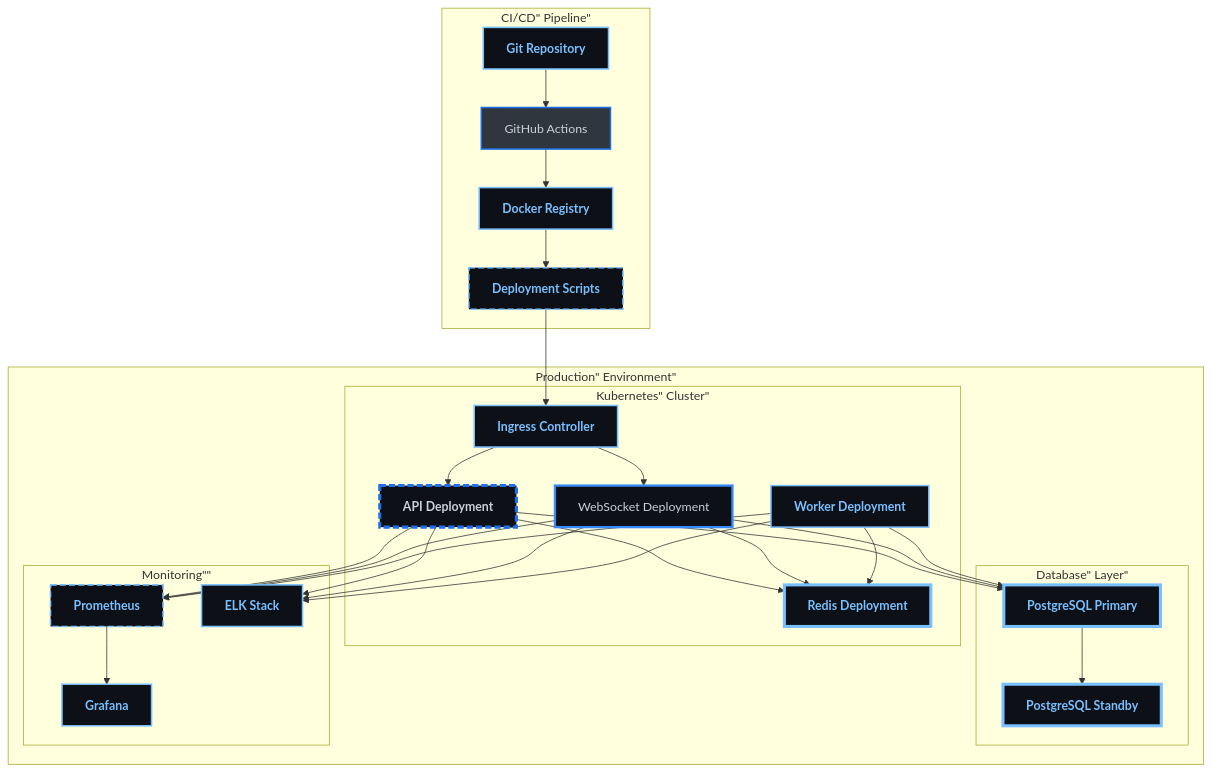
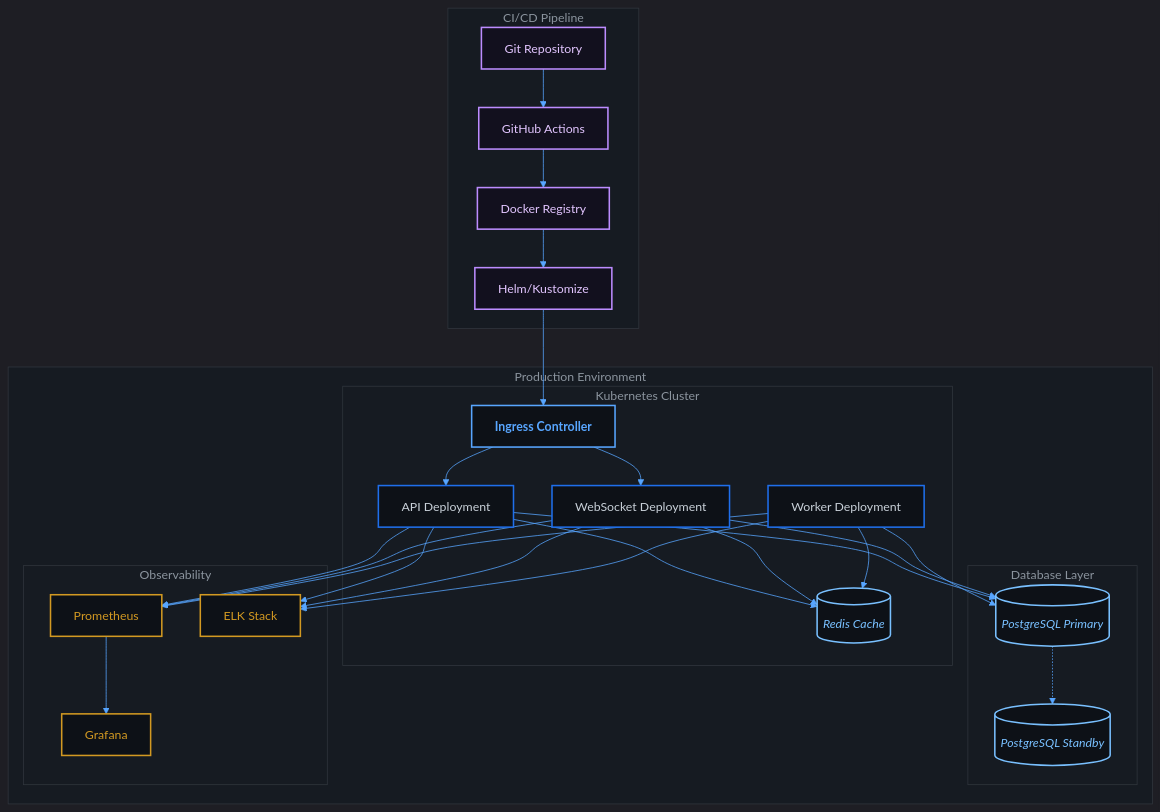
Before and after one commit to abdoElHodaky/transportapp: diagram 14 of 15 in docs/ARCHITECTURE.md, drawn with Mermaid. The commit also changed other lines of this file, not shown here.

````diff
--- a/docs/ARCHITECTURE.md
+++ b/docs/ARCHITECTURE.md
@@ -2246,193 +2149,79 @@
 ```mermaid
-%%{init: {
-    "theme": "dark",
-    "themeVariables": {
-    "primaryColor": "#0d1117",
-    "primaryTextColor": "#58a6ff",
-    "primaryBorderColor": "#58a6ff",
-    "lineColor": "#58a6ff"
-    },
-    "flowchart": {
-    "useMaxWidth": true,
-    "htmlLabels": true
-    }
-    }}%%
 %%{init: {
   "theme": "dark",
   "themeVariables": {
+    "darkMode": true,
     "primaryColor": "#0d1117",
     "primaryTextColor": "#c9d1d9",
-    "primaryBorderColor": "#1f6feb",
-    "lineColor": "#1f6feb",
-    "secondaryColor": "#388bfd",
-    "tertiaryColor": "#79c0ff",
-    "background": "#0d1117",
-    "mainBkg": "#0d1117",
-    "secondBkg": "#30363d",
-    "tertiaryBkg": "#79c0ff"
-  },
-  "flowchart": {
-    "useMaxWidth": true,
-    "htmlLabels": true
-  },
-  "sequence": {
-    "useMaxWidth": true,
-    "wrap": true
-  },
-  "class": {
-    "useMaxWidth": true
-  },
-  "state": {
-    "useMaxWidth": true
-  },
-  "er": {
-    "useMaxWidth": true
-  },
-  "gantt": {
-    "useMaxWidth": true
+    "primaryBorderColor": "#58a6ff",
+    "lineColor": "#58a6ff",
+    "background": "#0d1117"
   }
-}%%
+}}%%
 graph TB
-    subgraph """"Production" Environment"
-        subgraph """"Kubernetes" Cluster"
+    subgraph Production ["Production Environment"]
+        subgraph K8s ["Kubernetes Cluster"]
             A["Ingress Controller"]
             B["API Deployment"]
             C["WebSocket Deployment"]
             D["Worker Deployment"]
-            E["Redis Deployment"]
+            E[("Redis Cache")]
         end
         
-        subgraph """"Database" Layer"
-            F["PostgreSQL Primary"]
-            G["PostgreSQL Standby"]
+        subgraph DB ["Database Layer"]
+            F[("PostgreSQL Primary")]
+            G[("PostgreSQL Standby")]
         end
         
-        subgraph """"Monitoring""
+        subgraph Monitoring ["Observability"]
             H["Prometheus"]
             I["Grafana"]
             J["ELK Stack"]
         end
     end
     
-    subgraph """"CI/CD" Pipeline"
+    subgraph CICD ["CI/CD Pipeline"]
         K["Git Repository"]
         L["GitHub Actions"]
         M["Docker Registry"]
-        N["Deployment Scripts"]
+        N["Helm/Kustomize"]
     end
     
+    %% Pipeline Flow
     K --> L
     L --> M
     M --> N
     N --> A
     
+    %% Traffic & Cache Flow
     A --> B
     A --> C
     B --> E
     C --> E
     D --> E
     
+    %% Storage Flow
     B --> F
     C --> F
     D --> F
-    F --> G
+    F -.-> G
     
-    B --> H
-    C --> H
-    D --> H
+    %% Telemetry Flow
+    B & C & D --> H
     H --> I
-    B --> J
-    C --> J
-    D --> J
+    B & C & D --> J
 
-    %%  --- DARK GRADIENT & GLOW STYLING ---
-    
-    %%  Main Dashboard (Neon Cyan/Blue)
-    classDef main fill : #0d1117, stroke:#58a6ff, stroke-width: 4px,color:#58a6ff,font-weight: bold;
-    
-    
-    %%  Decision Diamond (Gold Glow)
-    classDef decision fill : #161b22, stroke:#d29922, color:#d29922,stroke-dasharray: 5 5;
-    
-    
-    %%  Revenue (Emerald Gradient Style)
-    classDef revNode fill : #04190b, stroke:#3fb950, color:#aff5b4,stroke-width: 2px;
-    
-    
-    %%  Commission (Purple Gradient Style)
-    classDef commNode fill : #12101e, stroke:#bc8cff, color:#e2c5ff,stroke-width: 2px;
-    
-    
-    %%  Refund (Ruby Gradient Style)
-    classDef refNode fill : #1a0b0b, stroke:#ff7b72, color:#ffa198,stroke-width: 2px;
-    
-    
-    %%  Earnings (Sapphire Gradient Style)
-    classDef earnNode fill : #051221, stroke:#388bfd, color:#a5d6ff,stroke-width: 2px;
-    
+    %% --- STYLING ---
+    classDef cluster fill:#161b22,stroke:#30363d,color:#8b949e;
+    classDef entry fill:#0d1117,stroke:#58a6ff,stroke-width:2px,color:#58a6ff,font-weight:bold;
+    classDef app fill:#0d1117,stroke:#1f6feb,stroke-width:2px,color:#c9d1d9;
+    classDef data fill:#0d1117,stroke:#79c0ff,stroke-width:2px,color:#79c0ff,font-style:italic;
+    classDef monitor fill:#0d1117,stroke:#d29922,stroke-width:2px,color:#d29922;
+    classDef pipeline fill:#12101e,stroke:#bc8cff,stroke-width:2px,color:#e2c5ff;
 
-    class A main;
-    class B decision;
-    class C revNode;
-    class D commNode;
-    class E refNode;
-    class F earnNode;
-    class G main;
-    class H decision;
-    class I revNode;
-    class J commNode;
-    class K refNode;
-    class L earnNode;
-    class M main;
-    class N decision;
-
-
-
-
-    %% --- ARCHITECTURE (TECH BLUE) THEME STYLING ---
-    
-    %% Primary nodes (main components)
-    classDef primary fill:#0d1117,stroke:#1f6feb,stroke-width:4px,color:#c9d1d9,font-weight:bold;
-    
-    %% Secondary nodes (supporting components)
-    classDef secondary fill:#0d1117,stroke:#388bfd,stroke-width:3px,color:#c9d1d9,font-weight:normal;
-    
-    %% Accent nodes (highlights)
-    classDef accent fill:#0d1117,stroke:#79c0ff,stroke-width:2px,color:#79c0ff,font-weight:bold;
-    
-    %% Success nodes (positive outcomes)
-    classDef success fill:#0d1117,stroke:#238636,stroke-width:3px,color:#238636,font-weight:bold;
-    
-    %% Warning nodes (attention needed)
-    classDef warning fill:#0d1117,stroke:#d29922,stroke-width:3px,color:#d29922,font-weight:bold,stroke-dasharray: 5 5;
-    
-    %% Error nodes (problems/failures)
-    classDef error fill:#0d1117,stroke:#da3633,stroke-width:3px,color:#da3633,font-weight:bold,stroke-dasharray: 10 5;
-    
-    %% Database nodes (data storage)
-    classDef database fill:#0d1117,stroke:#79c0ff,stroke-width:4px,color:#79c0ff,font-weight:bold;
-    
-    %% Process nodes (operations)
-    classDef process fill:#30363d,stroke:#1f6feb,stroke-width:2px,color:#c9d1d9,font-weight:normal;
-    
-    %% Decision nodes (branching points)
-    classDef decision fill:#0d1117,stroke:#d29922,stroke-width:3px,color:#d29922,font-weight:bold,stroke-dasharray: 8 4;
-    
-    %% External nodes (third-party services)
-    classDef external fill:#0d1117,stroke:#388bfd,stroke-width:2px,color:#388bfd,font-weight:normal,stroke-dasharray: 3 3;
-
-    class A accent;
-    class B primary;
-    class C secondary;
-    class D accent;
-    class E database;
-    class F database;
-    class G database;
-    class H accent;
-    class I accent;
-    class J accent;
-    class K accent;
-    class L process;
-    class M accent;
-    class N accent;
+    class A entry;
+    class B,C,D app;
+    class E,F,G data;
+    class H,I,J monitor;
+    class K,L,M,N pipeline;
 ```
````
